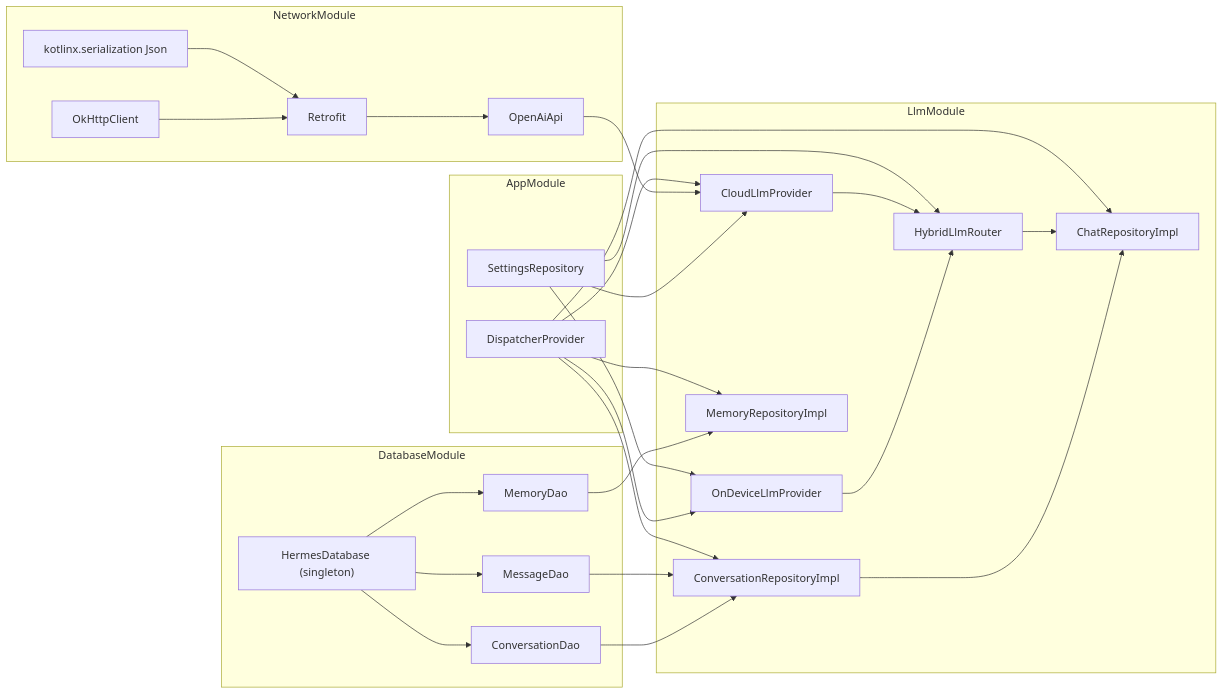
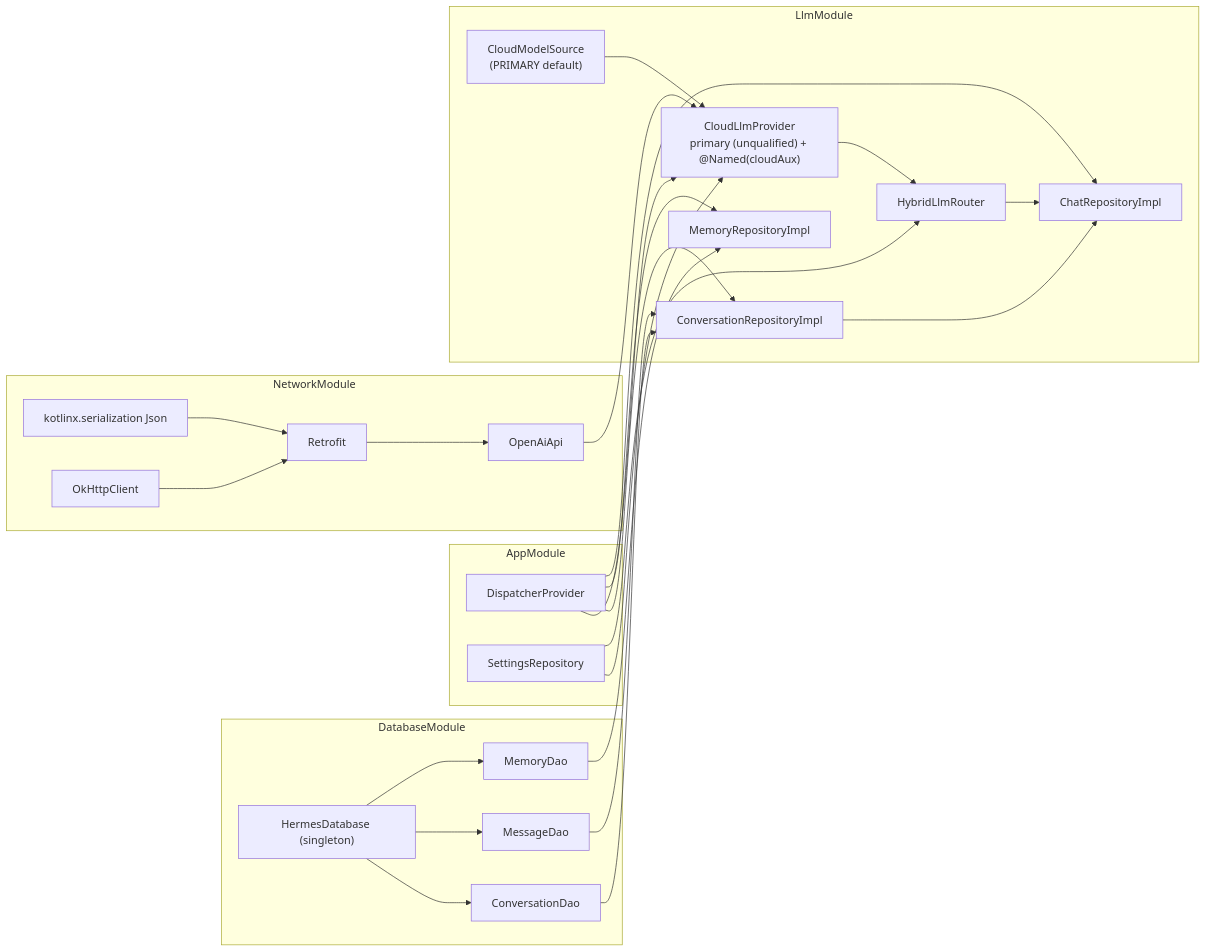
The fourth of 7 diagrams in docs/ARCHITECTURE.md (l3ad3r1/Hermes-Agent-Android), drawn with Mermaid before and after one commit. The commit also changed other lines of this file and 3 other files, not shown here.

First line of the commit message:
refactor: remove dead on-device routing leftovers + refresh architecture doc

````diff
--- a/docs/ARCHITECTURE.md
+++ b/docs/ARCHITECTURE.md
@@ -173,57 +184,55 @@
 ```mermaid
 flowchart LR
     subgraph AppModule
         DispatcherProvider
         SettingsRepository
     end
 
     subgraph DatabaseModule
         HermesDatabase["HermesDatabase (singleton)"]
         ConversationDao
         MessageDao
         MemoryDao
     end
 
     subgraph NetworkModule
         Json["kotlinx.serialization Json"]
         OkHttpClient
         Retrofit
         OpenAiApi
     end
 
     subgraph LlmModule
-        OnDeviceLlm["OnDeviceLlmProvider"]
-        CloudLlm["CloudLlmProvider"]
+        CloudModelSource["CloudModelSource\n(PRIMARY default)"]
+        CloudLlm["CloudLlmProvider\nprimary (unqualified) + @Named(cloudAux)"]
         LlmRouter["HybridLlmRouter"]
         ConversationRepo["ConversationRepositoryImpl"]
         MemoryRepo["MemoryRepositoryImpl"]
         ChatRepo["ChatRepositoryImpl"]
     end
 
     HermesDatabase --> ConversationDao
     HermesDatabase --> MessageDao
     HermesDatabase --> MemoryDao
     Retrofit --> OpenAiApi
     OkHttpClient --> Retrofit
     Json --> Retrofit
 
-    DispatcherProvider --> OnDeviceLlm
-    SettingsRepository --> OnDeviceLlm
     SettingsRepository --> CloudLlm
     OpenAiApi --> CloudLlm
     DispatcherProvider --> CloudLlm
+    CloudModelSource --> CloudLlm
 
-    OnDeviceLlm --> LlmRouter
     CloudLlm --> LlmRouter
     SettingsRepository --> LlmRouter
 
     ConversationDao --> ConversationRepo
     MessageDao --> ConversationRepo
     DispatcherProvider --> ConversationRepo
     MemoryDao --> MemoryRepo
     DispatcherProvider --> MemoryRepo
 
     ConversationRepo --> ChatRepo
     LlmRouter --> ChatRepo
     DispatcherProvider --> ChatRepo
 ```
````
